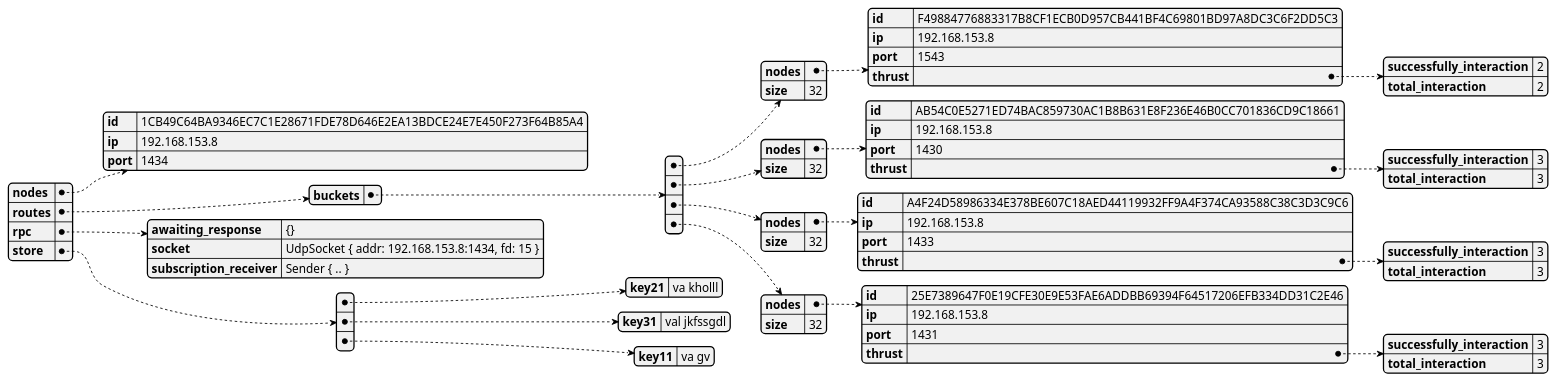
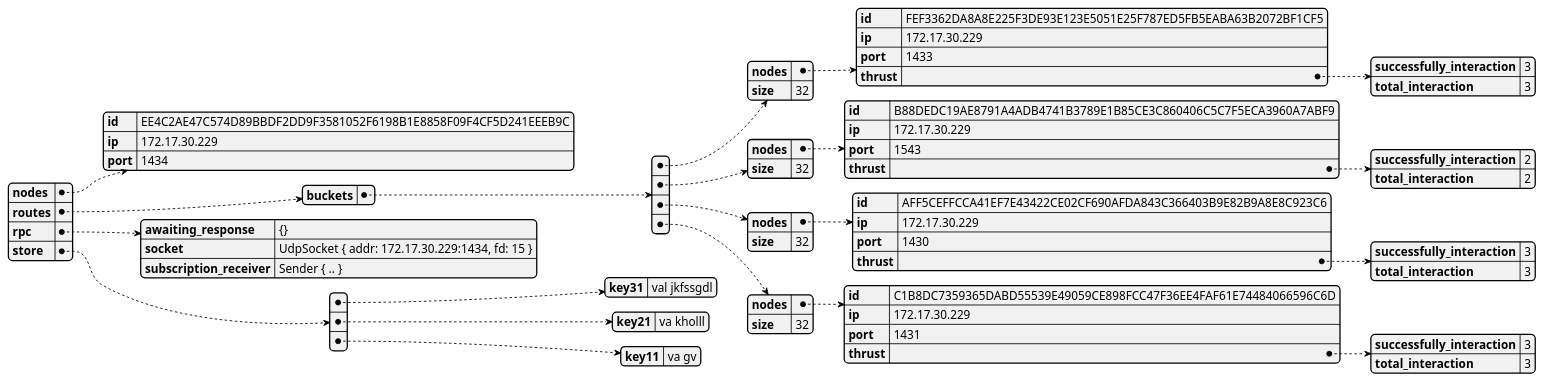
One commit to GoliathHagar/distributed_legder_kademlia changed the diagram in src/distributed_legder/state_dumps/test-contact-4.json.plantuml. Above: the diagram before and after it, drawn with PlantUML. The commit also changed 17 other files, not shown here.

```diff
--- a/src/distributed_legder/state_dumps/test-contact-4.json.plantuml
+++ b/src/distributed_legder/state_dumps/test-contact-4.json.plantuml
@@ -1,3 +1,3 @@
 @startjson
-{"nodes":{"id":"1CB49C64BA9346EC7C1E28671FDE78D646E2EA13BDCE24E7E450F273F64B85A4","ip":"192.168.153.8","port":1434},"routes":{"buckets":[{"nodes":{"id":"F49884776883317B8CF1ECB0D957CB441BF4C69801BD97A8DC3C6F2DD5C3","ip":"192.168.153.8","port":1543,"thrust":{"successfully_interaction":2,"total_interaction":2}},"size":32},{"nodes":{"id":"AB54C0E5271ED74BAC859730AC1B8B631E8F236E46B0CC701836CD9C18661","ip":"192.168.153.8","port":1430,"thrust":{"successfully_interaction":3,"total_interaction":3}},"size":32},{"nodes":{"id":"A4F24D58986334E378BE607C18AED44119932FF9A4F374CA93588C38C3D3C9C6","ip":"192.168.153.8","port":1433,"thrust":{"successfully_interaction":3,"total_interaction":3}},"size":32},{"nodes":{"id":"25E7389647F0E19CFE30E9E53FAE6ADDBB69394F64517206EFB334DD31C2E46","ip":"192.168.153.8","port":1431,"thrust":{"successfully_interaction":3,"total_interaction":3}},"size":32}]},"rpc":{"awaiting_response":"{}","socket":"UdpSocket { addr: 192.168.153.8:1434, fd: 15 }","subscription_receiver":"Sender { .. }"},"store":[{"key21":"va kholll"},{"key31":"val jkfssgdl"},{"key11":"va gv"}]}
+{"nodes":{"id":"EE4C2AE47C574D89BBDF2DD9F3581052F6198B1E8858F09F4CF5D241EEEB9C","ip":"172.17.30.229","port":1434},"routes":{"buckets":[{"nodes":{"id":"FEF3362DA8A8E225F3DE93E123E5051E25F787ED5FB5EABA63B2072BF1CF5","ip":"172.17.30.229","port":1433,"thrust":{"successfully_interaction":3,"total_interaction":3}},"size":32},{"nodes":{"id":"B88DEDC19AE8791A4ADB4741B3789E1B85CE3C860406C5C7F5ECA3960A7ABF9","ip":"172.17.30.229","port":1543,"thrust":{"successfully_interaction":2,"total_interaction":2}},"size":32},{"nodes":{"id":"AFF5CEFFCCA41EF7E43422CE02CF690AFDA843C366403B9E82B9A8E8C923C6","ip":"172.17.30.229","port":1430,"thrust":{"successfully_interaction":3,"total_interaction":3}},"size":32},{"nodes":{"id":"C1B8DC7359365DABD55539E49059CE898FCC47F36EE4FAF61E74484066596C6D","ip":"172.17.30.229","port":1431,"thrust":{"successfully_interaction":3,"total_interaction":3}},"size":32}]},"rpc":{"awaiting_response":"{}","socket":"UdpSocket { addr: 172.17.30.229:1434, fd: 15 }","subscription_receiver":"Sender { .. }"},"store":[{"key31":"val jkfssgdl"},{"key21":"va kholll"},{"key11":"va gv"}]}
 @endjson
```
